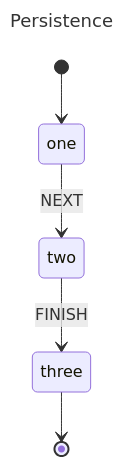
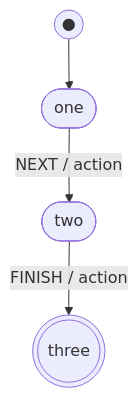
Before and after one commit to floodfx/gstate: the diagram in examples/persistence/README.md, drawn with Mermaid. The commit also changed other lines of this file and 18 other files, not shown here.

````diff
--- a/examples/persistence/README.md
+++ b/examples/persistence/README.md
@@ -7,18 +7,16 @@
 ```mermaid
 ---
-title: Persistence
 config:
-    theme: default
-    maxTextSize: 50000
-    maxEdges: 500
-    fontSize: 16
+  theme: default
+  themeVariables:
+    fontSize: 16px
 ---
-stateDiagram-v2
-    state "one" as one
-    state "three" as three
-    state "two" as two
-	three --> [*]
-	[*] --> one
-	one --> two: NEXT
-	two --> three: FINISH
+flowchart TB
+    __gstate_start(("●"))
+    __gstate_start --> one
+    one(["one"])
+    three((("three")))
+    two(["two"])
+    one -->|"NEXT / action"| two
+    two -->|"FINISH / action"| three
 ```
````
